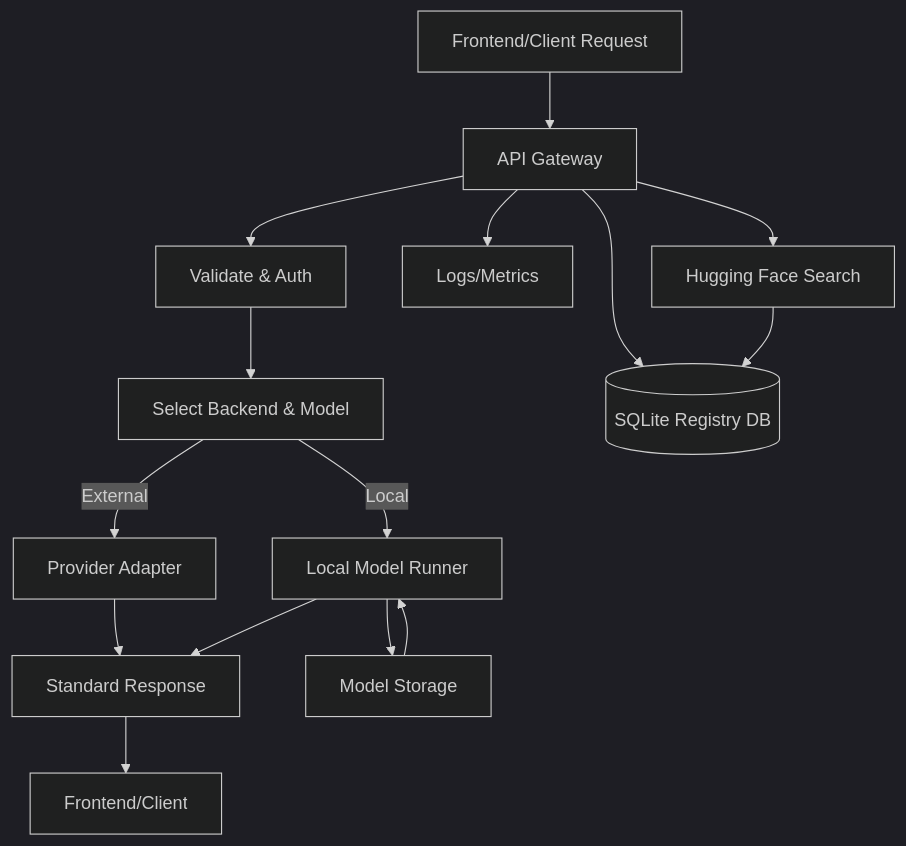
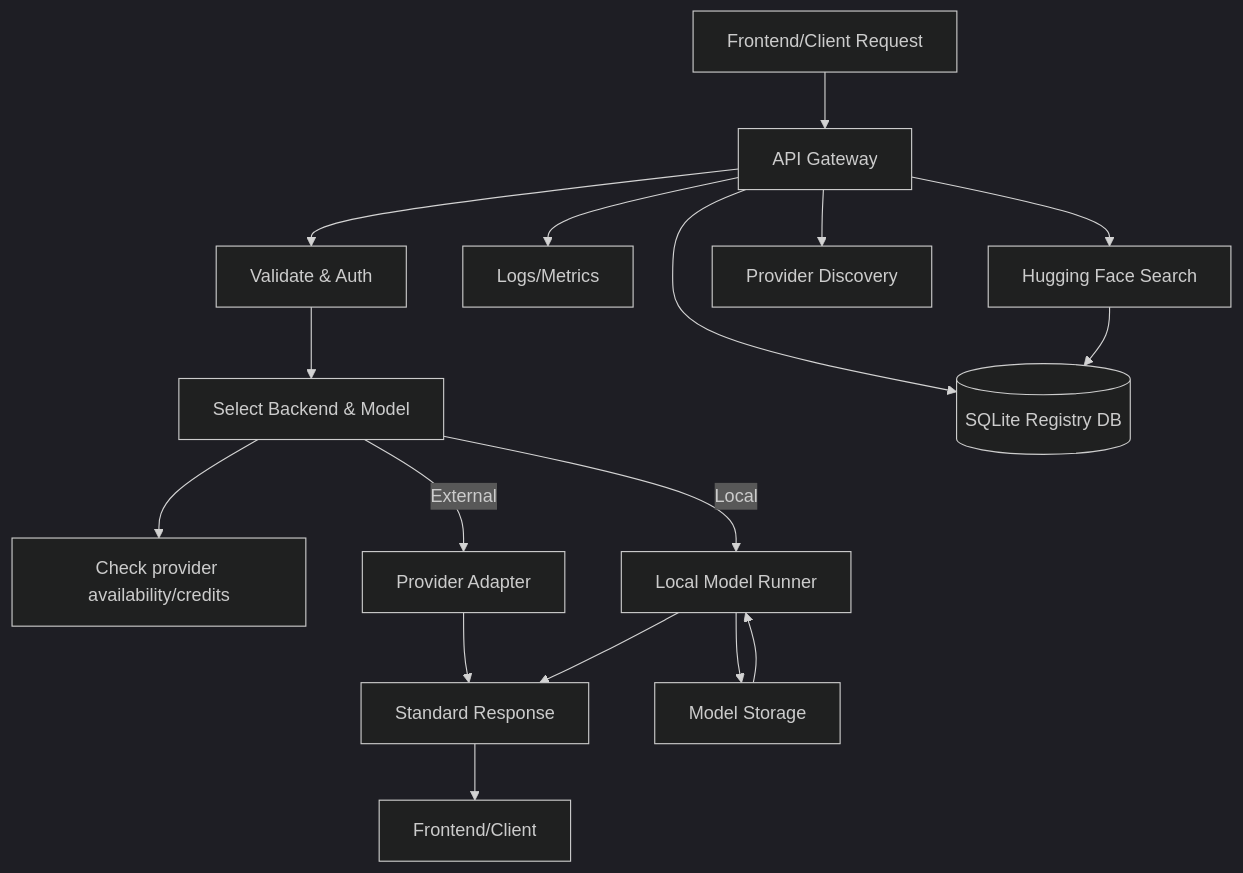
Before and after one commit to pluggably/llm_api: the third of 3 diagrams in docs/architecture/system_architecture.md, drawn with Mermaid (dark theme). The commit also changed other lines of this file and 94 other files, not shown here.

````diff
--- a/docs/architecture/system_architecture.md
+++ b/docs/architecture/system_architecture.md
@@ -94,17 +102,19 @@
 ```mermaid
 graph TD
     Req[Frontend/Client Request] --> Gateway[API Gateway]
     Gateway --> Validate[Validate & Auth]
     Validate --> Select[Select Backend & Model]
+    Select --> Availability[Check provider availability/credits]
     Select -->|External| Adapter[Provider Adapter]
     Select -->|Local| Runner[Local Model Runner]
     Adapter --> Resp[Standard Response]
     Runner --> Resp
     Resp --> Client[Frontend/Client]
     Runner --> Storage[Model Storage]
     Storage --> Runner
     Gateway --> Logs[Logs/Metrics]
     Gateway --> RegistryDB[(SQLite Registry DB)]
     Gateway --> HF[Hugging Face Search]
+    Gateway --> ProviderDiscovery[Provider Discovery]
     HF --> RegistryDB
 ```
````
